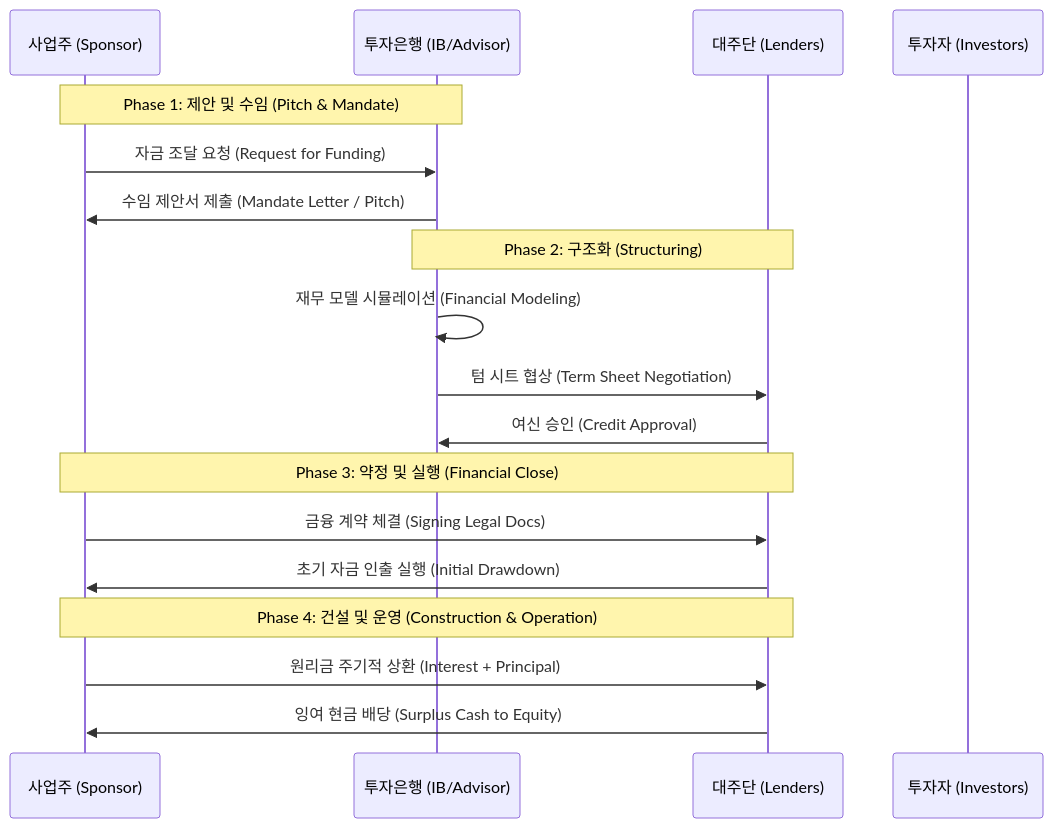
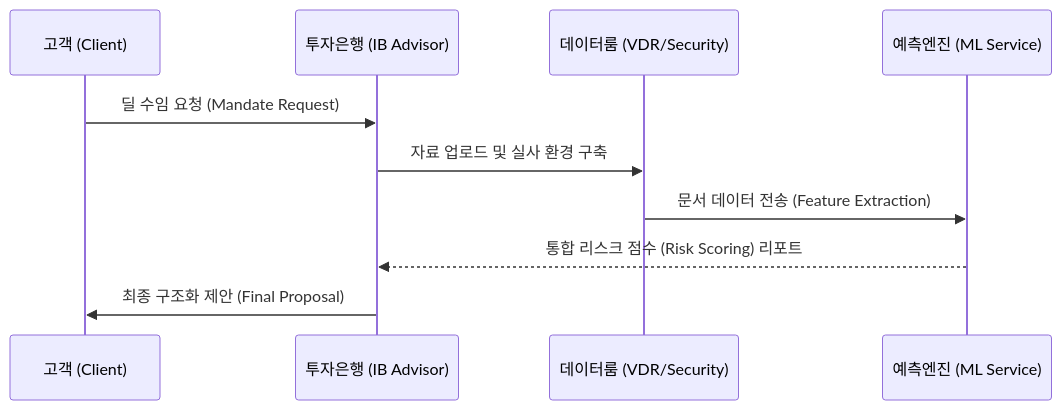
Before and after one commit to kbgkim/ib: the second of 2 diagrams in Formal_Specs/01_Market_Domain/IB_Domain_Standard.md, drawn with Mermaid. The commit also changed other lines of this file and 13 other files, not shown here.

````diff
--- a/Formal_Specs/01_Market_Domain/IB_Domain_Standard.md
+++ b/Formal_Specs/01_Market_Domain/IB_Domain_Standard.md
@@ -69,24 +79,13 @@
 ```mermaid
 sequenceDiagram
-    participant S as 사업주 (Sponsor)
-    participant IB as 투자은행 (IB/Advisor)
-    participant L as 대주단 (Lenders)
-    participant I as 투자자 (Investors)
+    participant C as 고객 (Client)
+    participant IB as 투자은행 (IB Advisor)
+    participant VDR as 데이터룸 (VDR/Security)
+    participant ML as 예측엔진 (ML Service)
 
-    Note over S,IB: Phase 1: 제안 및 수임 (Pitch & Mandate)
-    S->>IB: 자금 조달 요청 (Request for Funding)
-    IB->>S: 수임 제안서 제출 (Mandate Letter / Pitch)
-
-    Note over IB,L: Phase 2: 구조화 (Structuring)
-    IB->>IB: 재무 모델 시뮬레이션 (Financial Modeling)
-    IB->>L: 텀 시트 협상 (Term Sheet Negotiation)
-    L->>IB: 여신 승인 (Credit Approval)
-
-    Note over S,L: Phase 3: 약정 및 실행 (Financial Close)
-    S->>L: 금융 계약 체결 (Signing Legal Docs)
-    L->>S: 초기 자금 인출 실행 (Initial Drawdown)
-
-    Note over S,L: Phase 4: 건설 및 운영 (Construction & Operation)
-    S->>L: 원리금 주기적 상환 (Interest + Principal)
-    L->>S: 잉여 현금 배당 (Surplus Cash to Equity)
+    C->>IB: 딜 수임 요청 (Mandate Request)
+    IB->>VDR: 자료 업로드 및 실사 환경 구축
+    VDR->>ML: 문서 데이터 전송 (Feature Extraction)
+    ML-->>IB: 통합 리스크 점수 (Risk Scoring) 리포트
+    IB->>C: 최종 구조화 제안 (Final Proposal)
 ```
````
